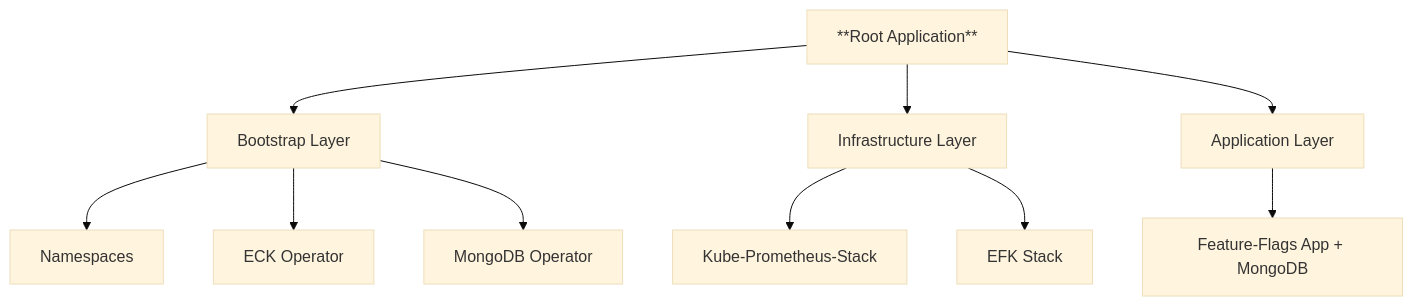
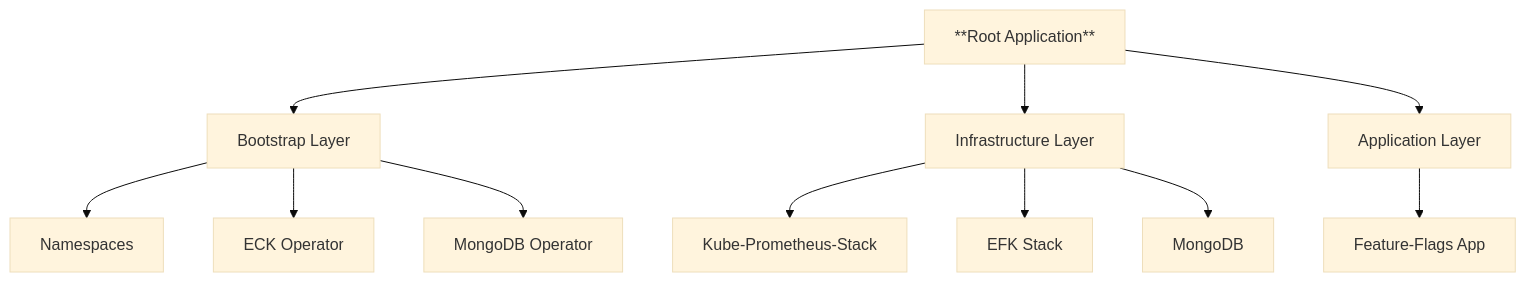
The diagram in README.md (shaarron/feature-flags-resources), drawn with Mermaid (base theme) before and after one commit. The commit also changed other lines of this file and 1 other file, not shown here.

````diff
--- a/README.md
+++ b/README.md
@@ -28,13 +23,14 @@
 ```mermaid
 graph TD
   A[**Root Application**] --> B[Bootstrap Layer]
   B --> B1[Namespaces]
   B --> B2[ECK Operator]
   B --> B3[MongoDB Operator]
 
   A --> C[Infrastructure Layer]
   C --> C1[Kube-Prometheus-Stack]
   C --> C2[EFK Stack]
+  C --> C3[MongoDB]
   A --> D[Application Layer]
-  D --> D1[Feature-Flags App + MongoDB]
+  D --> D1[Feature-Flags App]
 ```
````
